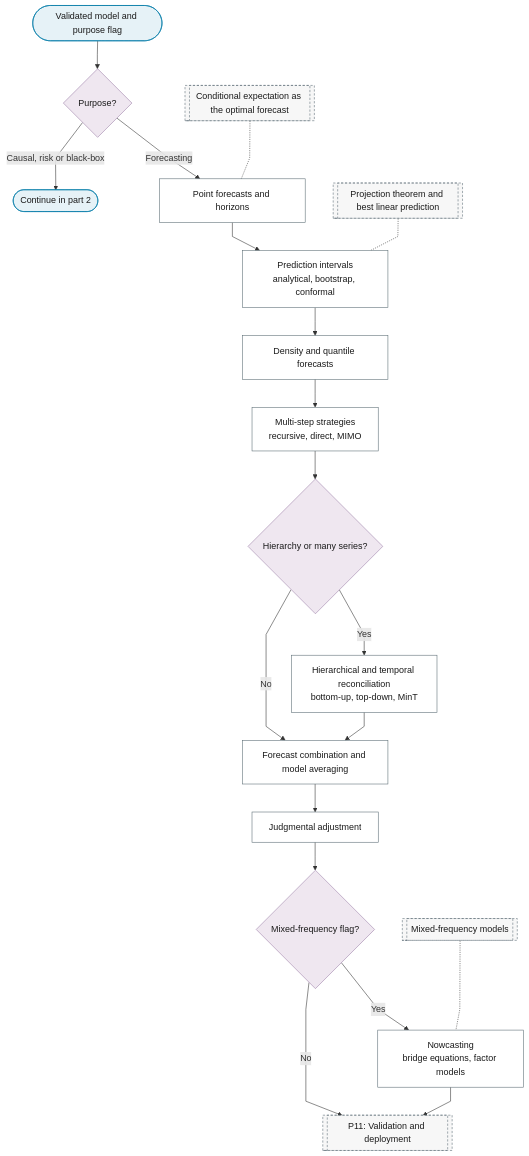
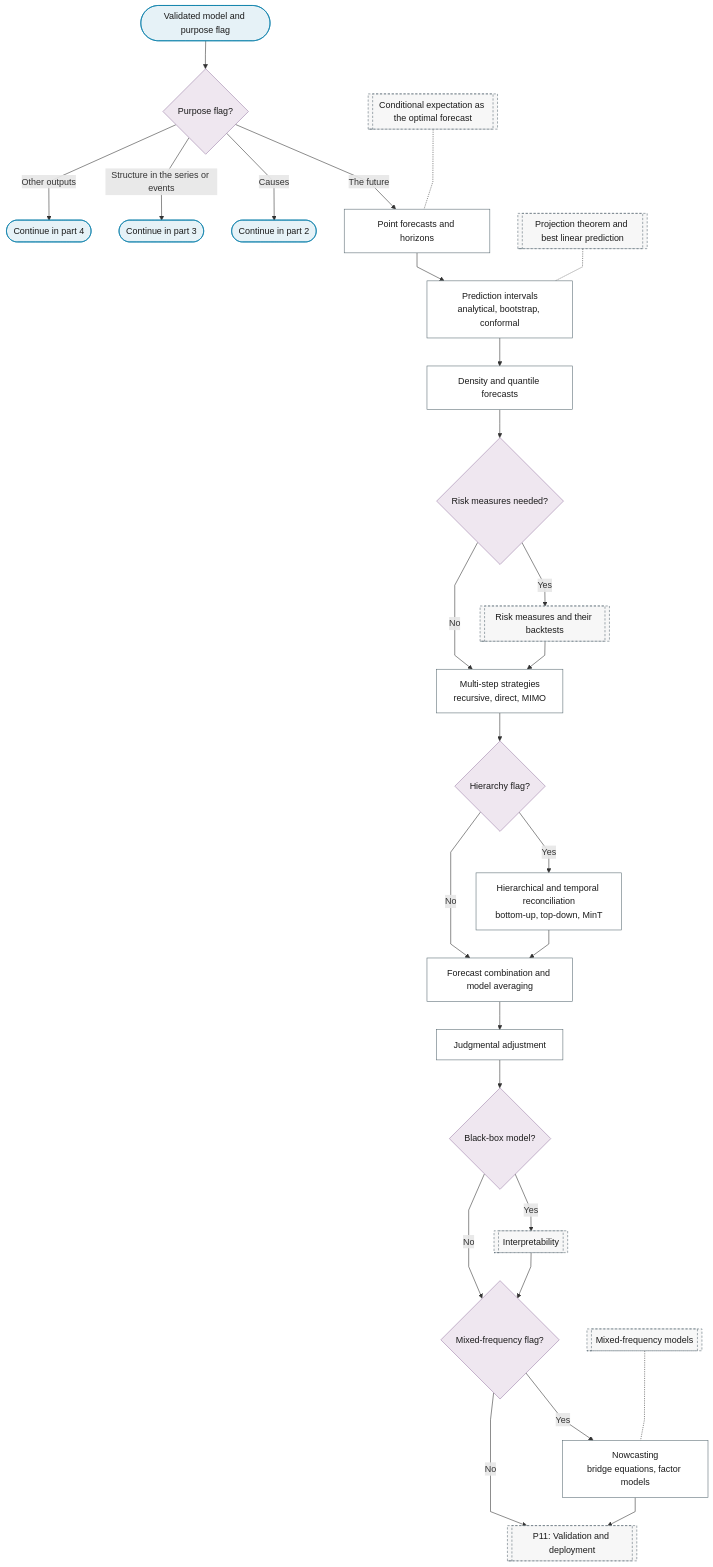
The first of 4 diagrams in docs/01-workflow/p10-inference.md (Shuxin-Y/time-series-analysis-manual), drawn with Mermaid before and after one commit. The commit also changed other lines of this file and 9 other files, not shown here.

First line of the commit message:
fix(flowchart): decision logic is total and flags are a real contract

````diff
--- a/docs/01-workflow/p10-inference.md
+++ b/docs/01-workflow/p10-inference.md
@@ -11,35 +11,42 @@
 ```mermaid
 %%{init: {"flowchart": {"curve": "linear"}}}%%
 graph TD
-    P10_IN(["Validated model and purpose flag"]) --> P10_PURPOSE{"Purpose?"}
-    P10_PURPOSE -->|"Forecasting"| P10_POINT_FORECASTS["Point forecasts and horizons"]
-    P10_PURPOSE -->|"Causal, risk or black-box"| P10_TO_PART_2(["Continue in part 2"])
+    P10_IN(["Validated model and purpose flag"]) --> P10_PURPOSE{"Purpose flag?"}
+    P10_PURPOSE -->|"The future"| P10_POINT_FORECASTS["Point forecasts and horizons"]
+    P10_PURPOSE -->|"Causes"| P10_TO_PART_2(["Continue in part 2"])
+    P10_PURPOSE -->|"Structure in the series or events"| P10_TO_PART_3(["Continue in part 3"])
+    P10_PURPOSE -->|"Other outputs"| P10_TO_PART_4(["Continue in part 4"])
     P10_POINT_FORECASTS --> P10_INTERVALS["Prediction intervals<br/>analytical, bootstrap, conformal"]
     P10_INTERVALS --> P10_DENSITY_QUANTILE["Density and quantile forecasts"]
-    P10_DENSITY_QUANTILE --> P10_MULTISTEP["Multi-step strategies<br/>recursive, direct, MIMO"]
-    P10_MULTISTEP --> P10_HIERARCHY{"Hierarchy or many series?"}
+    P10_DENSITY_QUANTILE --> P10_RISK{"Risk measures needed?"}
+    P10_RISK -->|"Yes"| P10_RISK_MEASURES[["Risk measures and their backtests"]]
+    P10_RISK -->|"No"| P10_MULTISTEP
+    P10_RISK_MEASURES --> P10_MULTISTEP["Multi-step strategies<br/>recursive, direct, MIMO"]
+    P10_MULTISTEP --> P10_HIERARCHY{"Hierarchy flag?"}
     P10_HIERARCHY -->|"Yes"| P10_RECONCILIATION["Hierarchical and temporal reconciliation<br/>bottom-up, top-down, MinT"]
     P10_HIERARCHY -->|"No"| P10_COMBINATION
     P10_RECONCILIATION --> P10_COMBINATION["Forecast combination and model averaging"]
     P10_COMBINATION --> P10_JUDGMENTAL["Judgmental adjustment"]
-    P10_JUDGMENTAL --> P10_MIXED{"Mixed-frequency flag?"}
+    P10_JUDGMENTAL --> P10_BLACK_BOX{"Black-box model?"}
+    P10_BLACK_BOX -->|"Yes"| P10_INTERPRETABILITY[["Interpretability"]]
+    P10_BLACK_BOX -->|"No"| P10_MIXED
+    P10_INTERPRETABILITY --> P10_MIXED{"Mixed-frequency flag?"}
     P10_MIXED -->|"Yes"| P10_NOWCASTING["Nowcasting<br/>bridge equations, factor models"]
     P10_MIXED -->|"No"| P11
+    P10_NOWCASTING --> P11[["P11: Validation and deployment"]]
     F_CONDITIONAL_EXPECTATION[["Conditional expectation as the optimal forecast"]] -.- P10_POINT_FORECASTS
     F_PROJECTION[["Projection theorem and best linear prediction"]] -.- P10_INTERVALS
-    P10_NOWCASTING --> P11[["P11: Validation and deployment"]]
     P6_MIXED_FREQUENCY[["Mixed-frequency models"]] -.- P10_NOWCASTING
-    class P10_IN,P10_TO_PART_2 terminator
-    class P10_PURPOSE,P10_HIERARCHY,P10_MIXED decision
+    class P10_IN,P10_TO_PART_2,P10_TO_PART_3,P10_TO_PART_4 terminator
+    class P10_PURPOSE,P10_RISK,P10_HIERARCHY,P10_BLACK_BOX,P10_MIXED decision
     class P10_POINT_FORECASTS,P10_INTERVALS,P10_DENSITY_QUANTILE,P10_MULTISTEP,P10_RECONCILIATION,P10_COMBINATION,P10_JUDGMENTAL,P10_NOWCASTING process
-    class P11,F_CONDITIONAL_EXPECTATION,F_PROJECTION ref
-    class P6_MIXED_FREQUENCY ref
+    class P10_RISK_MEASURES,P10_INTERPRETABILITY,P11,F_CONDITIONAL_EXPECTATION,F_PROJECTION,P6_MIXED_FREQUENCY ref
     classDef terminator fill:#E6F2F7,stroke:#007BA7,color:#1A1A1A;
     classDef process fill:#FFFFFF,stroke:#5A6B73,color:#1A1A1A;
     classDef decision fill:#EFE7F0,stroke:#9B7FA7,color:#1A1A1A;
     classDef data fill:#FFF4E0,stroke:#C9A55E,color:#1A1A1A;
     classDef good fill:#DCEFD8,stroke:#4A7A3F,color:#1A1A1A;
     classDef escalate fill:#FFE9C2,stroke:#C9A55E,color:#1A1A1A;
     classDef problem fill:#F2D9DE,stroke:#800020,color:#1A1A1A;
     classDef ref fill:#F7F7F7,stroke:#5A6B73,color:#1A1A1A,stroke-dasharray:4 3;
 ```
````
